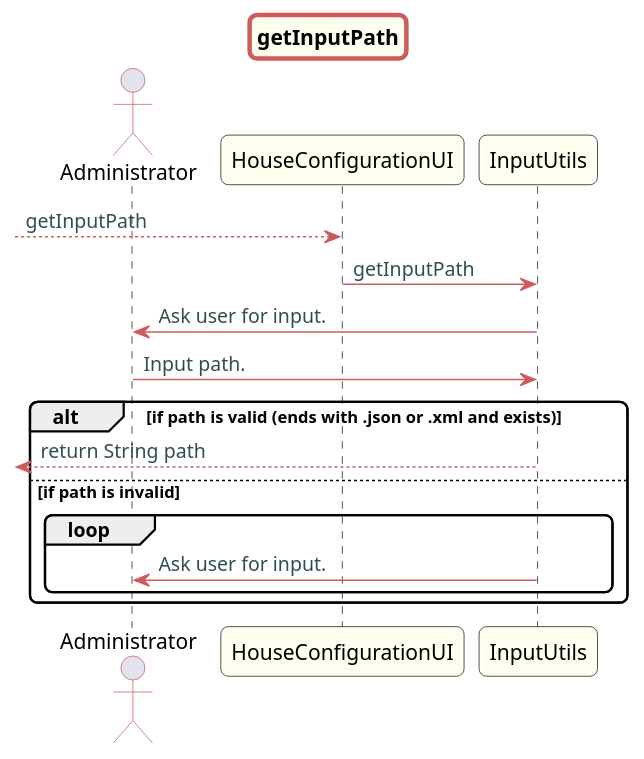
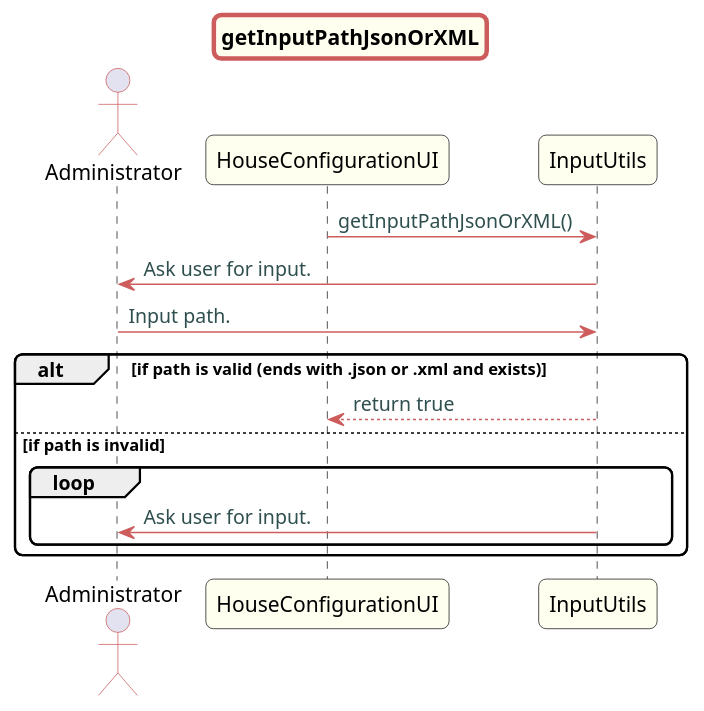
Before and after one commit to Almadanmp/project: the diagram in src/doc/Controllers/HouseConfiguration/US15/getInputPath_sd_HouseConfiguration.puml, drawn with PlantUML. The commit also changed 11 other files, not shown here.

Commit message:
REF #178 added class diagram and sequence diagram for us15v2 (not finished)

```diff
--- a/src/doc/Controllers/HouseConfiguration/US15/getInputPath_sd_HouseConfiguration.puml
+++ b/src/doc/Controllers/HouseConfiguration/US15/getInputPath_sd_HouseConfiguration.puml
@@ -1,42 +1,41 @@
 @startuml
 
-title getInputPath
+title getInputPathJsonOrXML
 
 skinparam titleBorderRoundCorner 10
 skinparam titleBorderThickness 3
 skinparam titleBorderColor indianred
 skinparam titleBackgroundColor ivory
 skinparam FontName quicksand
 
 skinparam actor {
   BorderColor indianred
   }
 
 skinparam sequence {
   LifeLineBackgroundColor indianred
   ParticipantBackgroundColor ivory
 }
 
 skinparam roundcorner 10
 
 skinparam component {
   arrowThickness 1
   ArrowFontName Verdana
   ArrowColor indianred
   ArrowFontColor darkslategrey
 }
 
 actor Administrator
 
---> HouseConfigurationUI: getInputPath
-HouseConfigurationUI -> InputUtils: getInputPath
+HouseConfigurationUI -> InputUtils: getInputPathJsonOrXML()
 InputUtils -> Administrator: Ask user for input.
 Administrator -> InputUtils: Input path.
 alt if path is valid (ends with .json or .xml and exists)
-<-- InputUtils: return String path
+ InputUtils-->HouseConfigurationUI: return true
 else if path is invalid
 loop
 InputUtils -> Administrator: Ask user for input.
 end loop
 end
 @enduml
```
